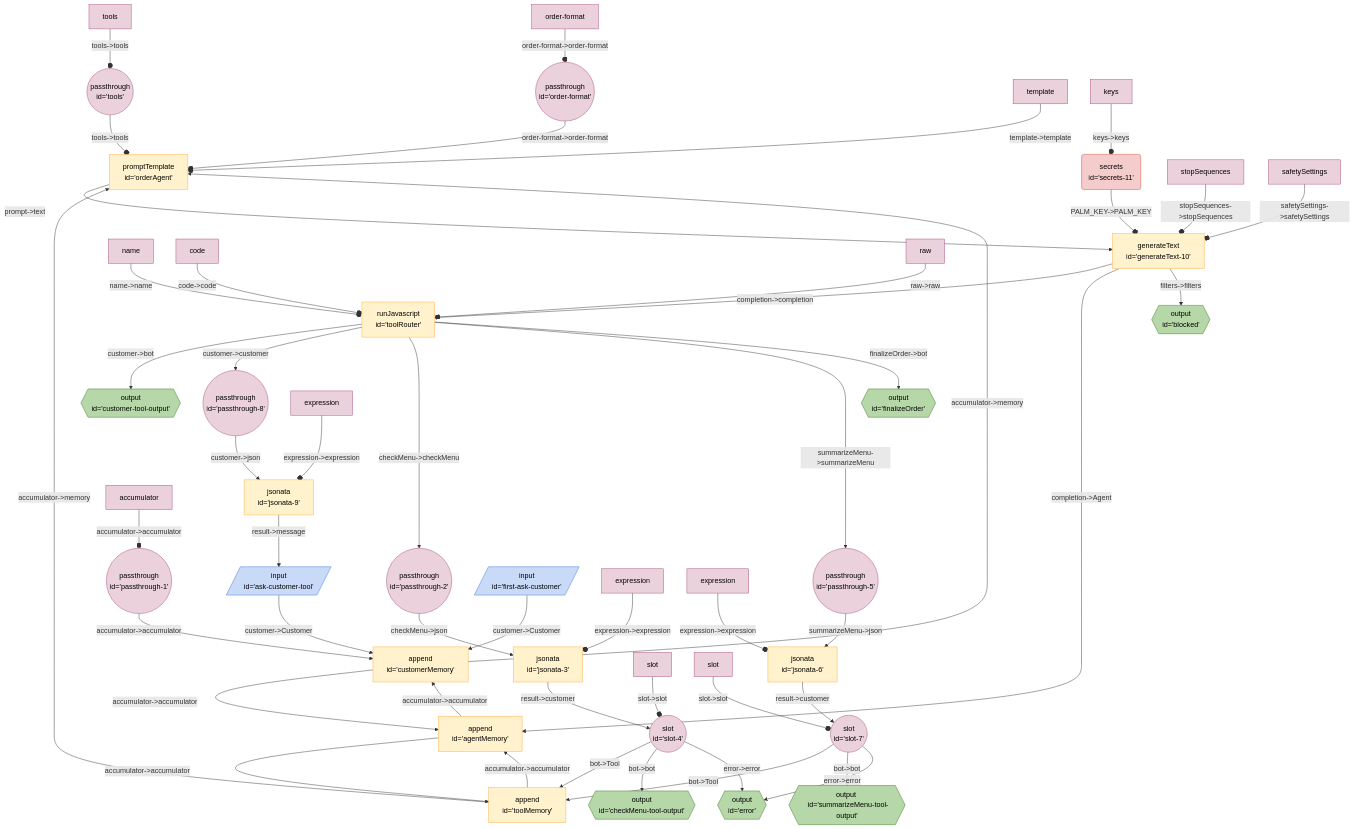
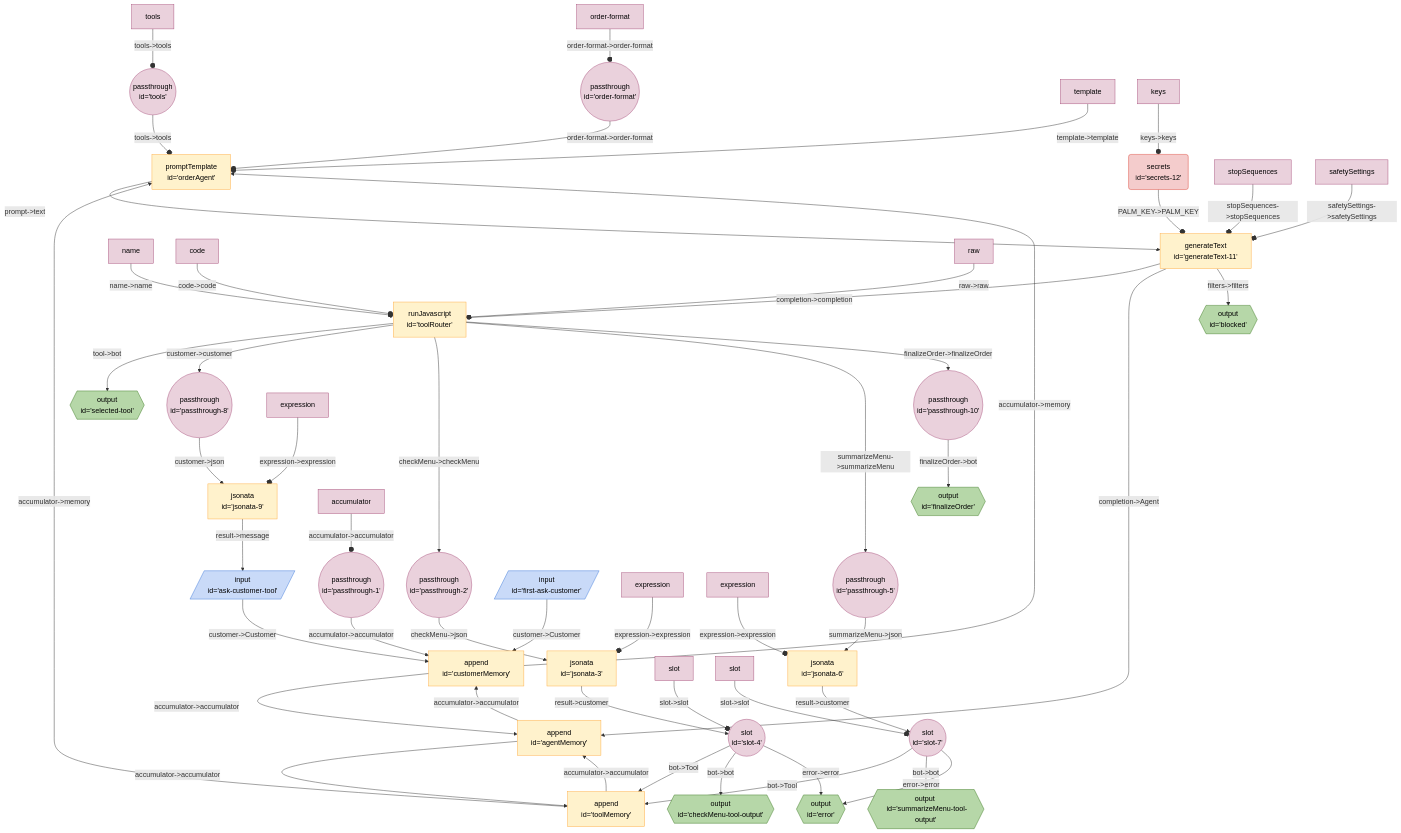
Before and after one commit to breadboard-ai/breadboard: the diagram in seeds/coffee-bot-board/docs/order-agent.md, drawn with Mermaid. The commit also changed 2 other files, not shown here.

Commit message:
[coffee-bot-board] Report the chosen tool.

````diff
--- a/seeds/coffee-bot-board/docs/order-agent.md
+++ b/seeds/coffee-bot-board/docs/order-agent.md
@@ -3,60 +3,61 @@
 ```mermaid
 %%{init: 'themeVariables': { 'fontFamily': 'Fira Code, monospace' }}%%
 graph TD;
 tools(("passthrough <br> id='tools'")):::passthrough -- "tools->tools" --o orderAgent["promptTemplate <br> id='orderAgent'"]
 orderformat(("passthrough <br> id='order-format'")):::passthrough -- "order-format->order-format" --o orderAgent["promptTemplate <br> id='orderAgent'"]
 passthrough1(("passthrough <br> id='passthrough-1'")):::passthrough -- "accumulator->accumulator" --> customerMemory["append <br> id='customerMemory'"]
 customerMemory["append <br> id='customerMemory'"] -- "accumulator->accumulator" --> agentMemory["append <br> id='agentMemory'"]
 agentMemory["append <br> id='agentMemory'"] -- "accumulator->accumulator" --> toolMemory["append <br> id='toolMemory'"]
 agentMemory["append <br> id='agentMemory'"] -- "accumulator->accumulator" --> customerMemory["append <br> id='customerMemory'"]
 toolMemory["append <br> id='toolMemory'"] -- "accumulator->accumulator" --> agentMemory["append <br> id='agentMemory'"]
 customerMemory["append <br> id='customerMemory'"] -- "accumulator->memory" --> orderAgent["promptTemplate <br> id='orderAgent'"]
 toolMemory["append <br> id='toolMemory'"] -- "accumulator->memory" --> orderAgent["promptTemplate <br> id='orderAgent'"]
 slot4(("slot <br> id='slot-4'")):::slot -- "bot->Tool" --> toolMemory["append <br> id='toolMemory'"]
 slot4(("slot <br> id='slot-4'")):::slot -- "bot->bot" --> checkMenutooloutput{{"output <br> id='checkMenu-tool-output'"}}:::output
 slot4(("slot <br> id='slot-4'")):::slot -- "error->error" --> error{{"output <br> id='error'"}}:::output
 jsonata3["jsonata <br> id='jsonata-3'"] -- "result->customer" --> slot4(("slot <br> id='slot-4'")):::slot
 passthrough2(("passthrough <br> id='passthrough-2'")):::passthrough -- "checkMenu->json" --> jsonata3["jsonata <br> id='jsonata-3'"]
 slot7(("slot <br> id='slot-7'")):::slot -- "bot->Tool" --> toolMemory["append <br> id='toolMemory'"]
 slot7(("slot <br> id='slot-7'")):::slot -- "bot->bot" --> summarizeMenutooloutput{{"output <br> id='summarizeMenu-tool-output'"}}:::output
 slot7(("slot <br> id='slot-7'")):::slot -- "error->error" --> error{{"output <br> id='error'"}}:::output
 jsonata6["jsonata <br> id='jsonata-6'"] -- "result->customer" --> slot7(("slot <br> id='slot-7'")):::slot
 passthrough5(("passthrough <br> id='passthrough-5'")):::passthrough -- "summarizeMenu->json" --> jsonata6["jsonata <br> id='jsonata-6'"]
 askcustomertool[/"input <br> id='ask-customer-tool'"/]:::input -- "customer->Customer" --> customerMemory["append <br> id='customerMemory'"]
 jsonata9["jsonata <br> id='jsonata-9'"] -- "result->message" --> askcustomertool[/"input <br> id='ask-customer-tool'"/]:::input
 passthrough8(("passthrough <br> id='passthrough-8'")):::passthrough -- "customer->json" --> jsonata9["jsonata <br> id='jsonata-9'"]
-toolRouter["runJavascript <br> id='toolRouter'"] -- "customer->bot" --> customertooloutput{{"output <br> id='customer-tool-output'"}}:::output
+passthrough10(("passthrough <br> id='passthrough-10'")):::passthrough -- "finalizeOrder->bot" --> finalizeOrder{{"output <br> id='finalizeOrder'"}}:::output
+toolRouter["runJavascript <br> id='toolRouter'"] -- "tool->bot" --> selectedtool{{"output <br> id='selected-tool'"}}:::output
 toolRouter["runJavascript <br> id='toolRouter'"] -- "customer->customer" --> passthrough8(("passthrough <br> id='passthrough-8'")):::passthrough
 toolRouter["runJavascript <br> id='toolRouter'"] -- "checkMenu->checkMenu" --> passthrough2(("passthrough <br> id='passthrough-2'")):::passthrough
 toolRouter["runJavascript <br> id='toolRouter'"] -- "summarizeMenu->summarizeMenu" --> passthrough5(("passthrough <br> id='passthrough-5'")):::passthrough
-toolRouter["runJavascript <br> id='toolRouter'"] -- "finalizeOrder->bot" --> finalizeOrder{{"output <br> id='finalizeOrder'"}}:::output
+toolRouter["runJavascript <br> id='toolRouter'"] -- "finalizeOrder->finalizeOrder" --> passthrough10(("passthrough <br> id='passthrough-10'")):::passthrough
 firstaskcustomer[/"input <br> id='first-ask-customer'"/]:::input -- "customer->Customer" --> customerMemory["append <br> id='customerMemory'"]
-generateText10["generateText <br> id='generateText-10'"] -- "completion->completion" --> toolRouter["runJavascript <br> id='toolRouter'"]
-generateText10["generateText <br> id='generateText-10'"] -- "completion->Agent" --> agentMemory["append <br> id='agentMemory'"]
-generateText10["generateText <br> id='generateText-10'"] -- "filters->filters" --> blocked{{"output <br> id='blocked'"}}:::output
-secrets11("secrets <br> id='secrets-11'"):::secrets -- "PALM_KEY->PALM_KEY" --o generateText10["generateText <br> id='generateText-10'"]
-orderAgent["promptTemplate <br> id='orderAgent'"] -- "prompt->text" --> generateText10["generateText <br> id='generateText-10'"]
+secrets12("secrets <br> id='secrets-12'"):::secrets -- "PALM_KEY->PALM_KEY" --o generateText11["generateText <br> id='generateText-11'"]
+generateText11["generateText <br> id='generateText-11'"] -- "completion->completion" --> toolRouter["runJavascript <br> id='toolRouter'"]
+generateText11["generateText <br> id='generateText-11'"] -- "completion->Agent" --> agentMemory["append <br> id='agentMemory'"]
+generateText11["generateText <br> id='generateText-11'"] -- "filters->filters" --> blocked{{"output <br> id='blocked'"}}:::output
+orderAgent["promptTemplate <br> id='orderAgent'"] -- "prompt->text" --> generateText11["generateText <br> id='generateText-11'"]
 templateorderAgent[template]:::config -- "template->template" --o orderAgent
 toolstools[tools]:::config -- "tools->tools" --o tools
 orderformatorderformat[order-format]:::config -- "order-format->order-format" --o orderformat
 accumulatorpassthrough1[accumulator]:::config -- "accumulator->accumulator" --o passthrough1
 expressionjsonata3[expression]:::config -- "expression->expression" --o jsonata3
 slotslot4[slot]:::config -- "slot->slot" --o slot4
 expressionjsonata6[expression]:::config -- "expression->expression" --o jsonata6
 slotslot7[slot]:::config -- "slot->slot" --o slot7
 expressionjsonata9[expression]:::config -- "expression->expression" --o jsonata9
 nametoolRouter[name]:::config -- "name->name" --o toolRouter
 codetoolRouter[code]:::config -- "code->code" --o toolRouter
 rawtoolRouter[raw]:::config -- "raw->raw" --o toolRouter
-stopSequencesgenerateText10[stopSequences]:::config -- "stopSequences->stopSequences" --o generateText10
-safetySettingsgenerateText10[safetySettings]:::config -- "safetySettings->safetySettings" --o generateText10
-keyssecrets11[keys]:::config -- "keys->keys" --o secrets11
+stopSequencesgenerateText11[stopSequences]:::config -- "stopSequences->stopSequences" --o generateText11
+safetySettingsgenerateText11[safetySettings]:::config -- "safetySettings->safetySettings" --o generateText11
+keyssecrets12[keys]:::config -- "keys->keys" --o secrets12
 classDef default stroke:#ffab40,fill:#fff2ccff,color:#000
 classDef input stroke:#3c78d8,fill:#c9daf8ff,color:#000
 classDef output stroke:#38761d,fill:#b6d7a8ff,color:#000
 classDef passthrough stroke:#a64d79,fill:#ead1dcff,color:#000
 classDef slot stroke:#a64d79,fill:#ead1dcff,color:#000
 classDef config stroke:#a64d79,fill:#ead1dcff,color:#000
 classDef secrets stroke:#db4437,fill:#f4cccc,color:#000
 classDef slotted stroke:#a64d79
 ```
````
